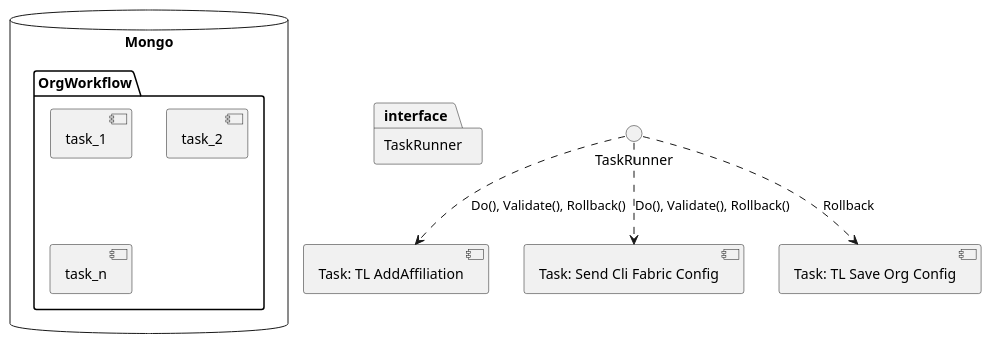
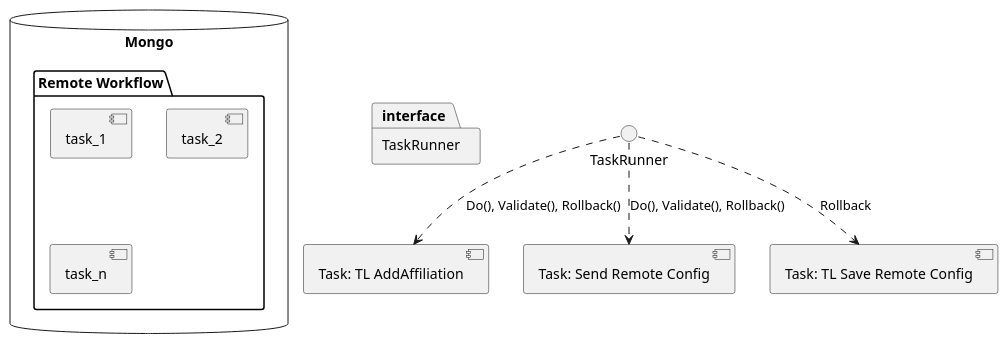
One commit to blewater/boxed changed the diagram in docs/model.puml. Above: the diagram before and after it, drawn with PlantUML. The commit also changed 8 other files, not shown here.

Commit message:
Cli to Remote, Puml edits

```diff
--- a/docs/model.puml
+++ b/docs/model.puml
@@ -1,20 +1,20 @@
 @startuml
 
 database "Mongo" {
-package "OrgWorkflow" {
+package "Remote Workflow" {
   component task_1
   component task_2
 
 
   component task_n
 }
 }
 package "TaskRunner" as interface {
     
 }
 
 TaskRunner ..> [Task: TL AddAffiliation] : Do(), Validate(), Rollback()
-TaskRunner ..> [Task: Send Cli Fabric Config] : Do(), Validate(), Rollback()
-TaskRunner ..> [Task: TL Save Org Config] : Rollback
+TaskRunner ..> [Task: Send Remote Config] : Do(), Validate(), Rollback()
+TaskRunner ..> [Task: TL Save Remote Config] : Rollback
 
 @enduml
```
